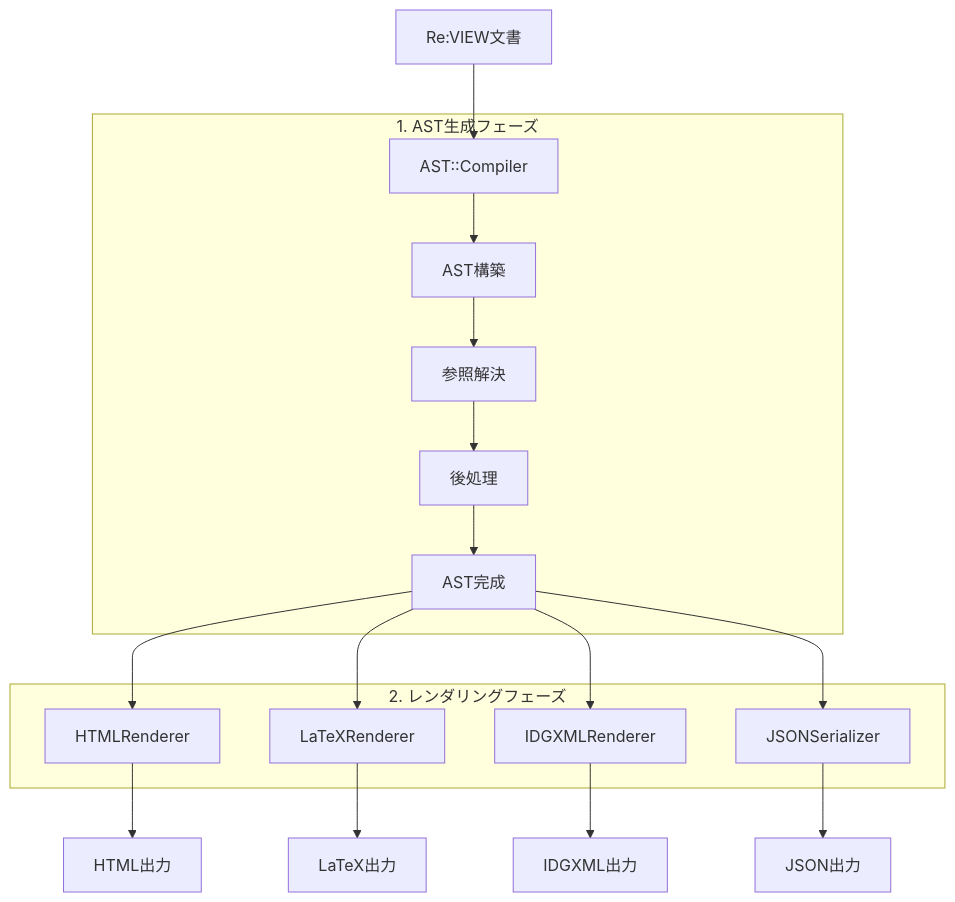
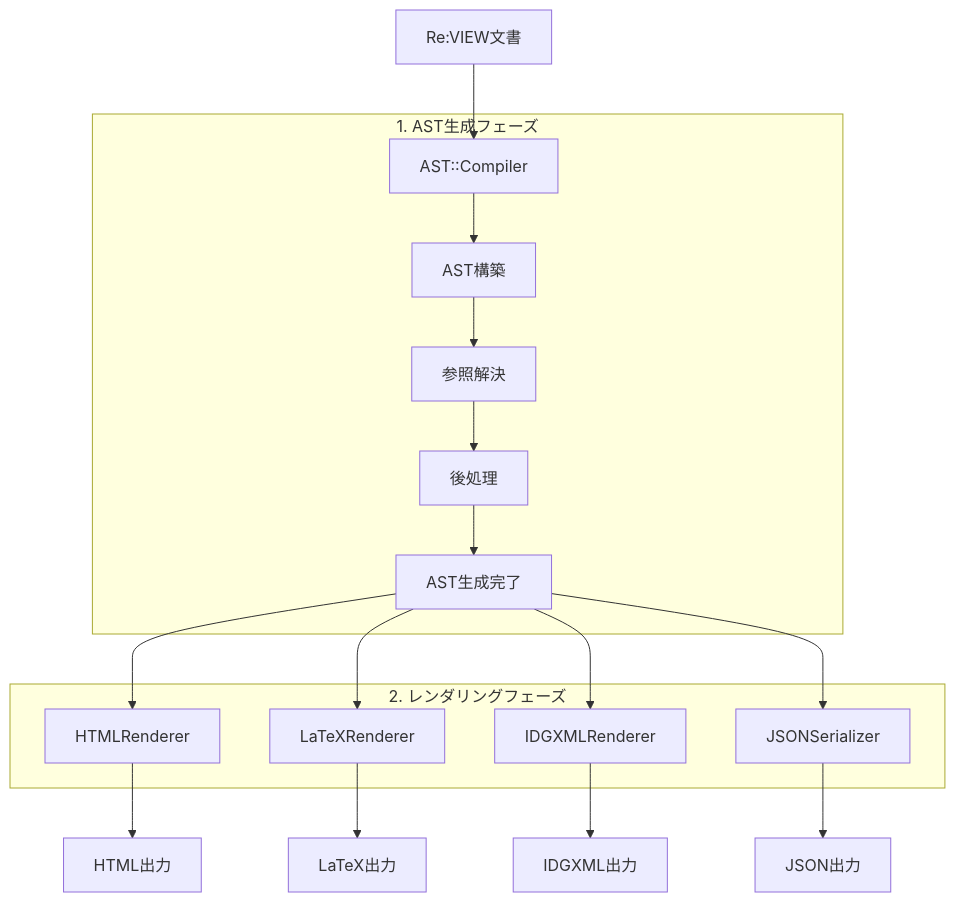
Before and after one commit to kmuto/review: the third of 5 diagrams in doc/ast.md, drawn with Mermaid. The commit also changed other lines of this file and 3 other files, not shown here.

````diff
--- a/doc/ast.md
+++ b/doc/ast.md
@@ -75,33 +75,33 @@
 ```mermaid
 flowchart TB
     A[Re:VIEW文書] --> B[AST::Compiler]
     B --> C[AST構築]
     C --> D[参照解決]
     D --> E[後処理]
-    E --> F[AST完成]
+    E --> F[AST生成完了]
 
     F --> G[HTMLRenderer]
     F --> H[LaTeXRenderer]
     F --> I[IDGXMLRenderer]
     F --> J[JSONSerializer]
 
     G --> K[HTML出力]
     H --> L[LaTeX出力]
     I --> M[IDGXML出力]
     J --> N[JSON出力]
 
     subgraph "1. AST生成フェーズ"
         B
         C
         D
         E
         F
     end
 
     subgraph "2. レンダリングフェーズ"
         G
         H
         I
         J
     end
 ```
````
